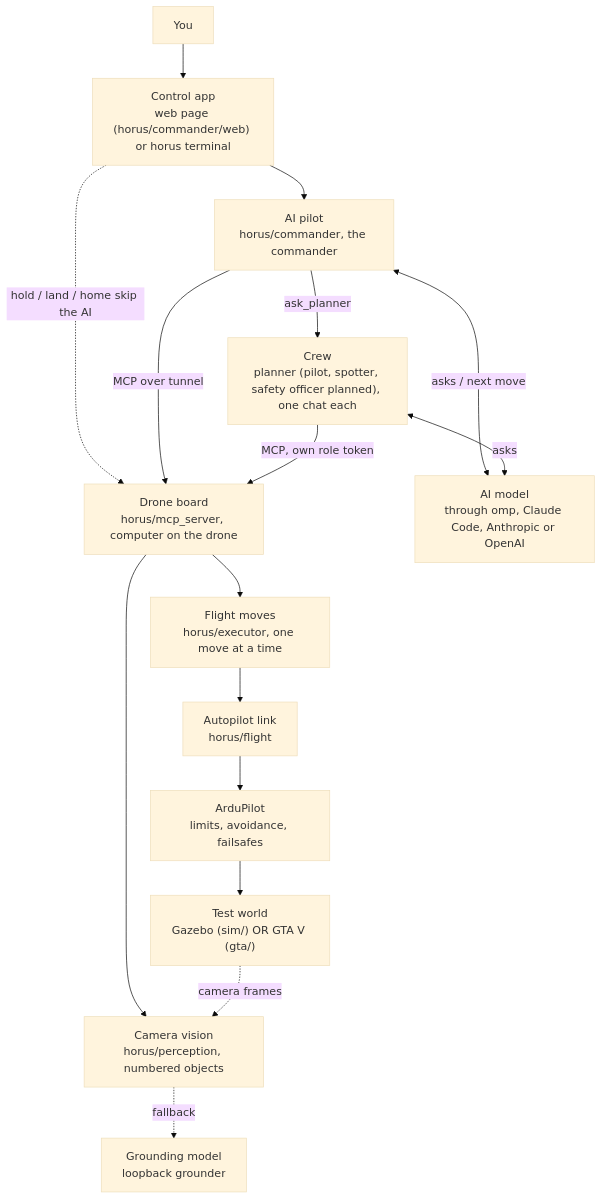
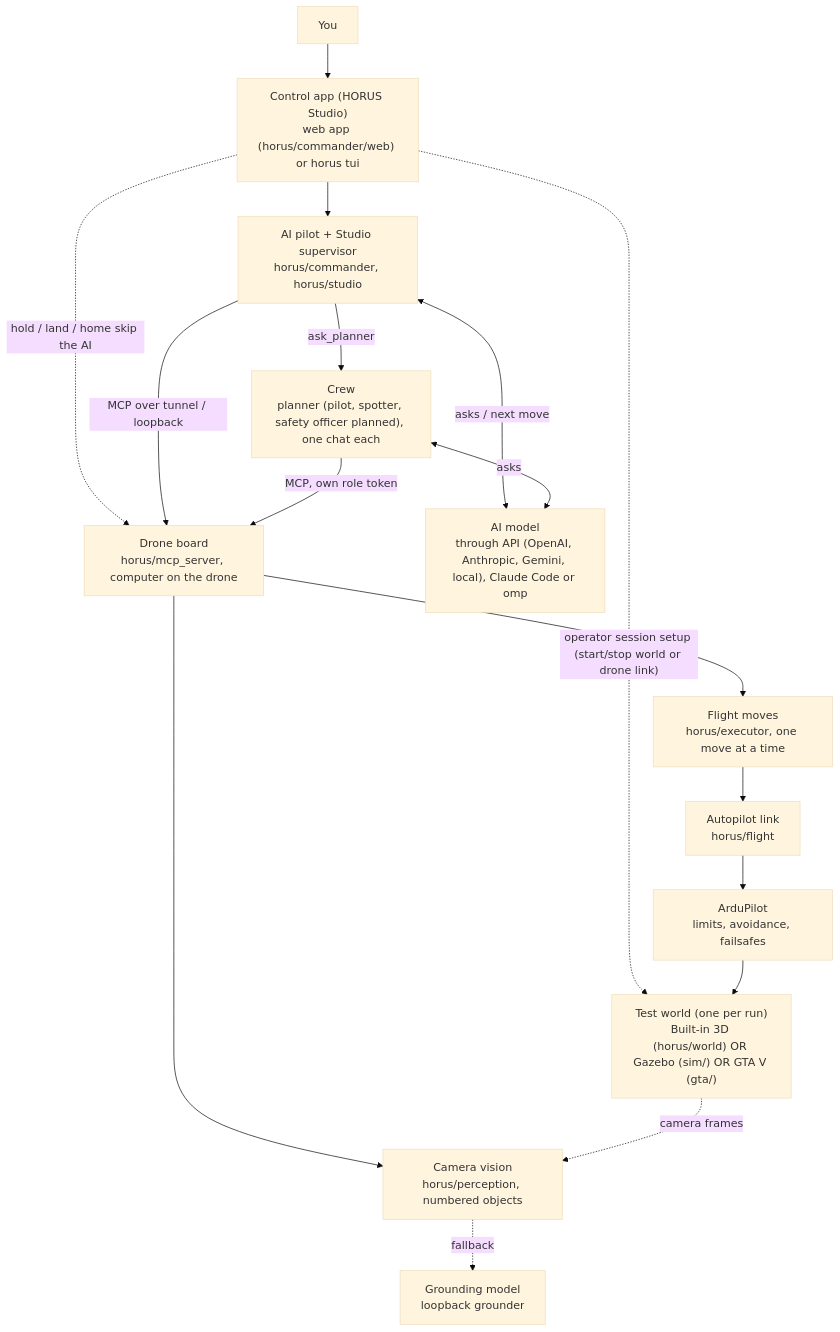
One commit to seros-cimenstein/horus-drone changed the first of 3 diagrams in HORUS — Design Document v2.md. Above: the diagram before and after it, drawn with Mermaid (base theme). The commit also changed other lines of this file and 120 other files, not shown here.

````diff
--- a/HORUS — Design Document v2.md
+++ b/HORUS — Design Document v2.md
@@ -32,18 +32,19 @@
 ```mermaid
 flowchart TD
-  Y["You"] --> R["Control app<br/>web page (horus/commander/web) or horus terminal"]
-  R --> C["AI pilot<br/>horus/commander, the commander"]
+  Y["You"] --> R["Control app (HORUS Studio)<br/>web app (horus/commander/web) or horus tui"]
+  R --> C["AI pilot + Studio supervisor<br/>horus/commander, horus/studio"]
   C -->|ask_planner| K["Crew<br/>planner (pilot, spotter, safety officer planned), one chat each"]
   R -.hold / land / home skip the AI.-> M
-  C <-->|asks / next move| LLM["AI model<br/>through omp, Claude Code, Anthropic or OpenAI"]
+  R -.operator session setup (start/stop world or drone link).-> W
+  C <-->|asks / next move| LLM["AI model<br/>through API (OpenAI, Anthropic, Gemini, local), Claude Code or omp"]
   K <-->|asks| LLM
-  C -->|MCP over tunnel| M["Drone board<br/>horus/mcp_server, computer on the drone"]
+  C -->|MCP over tunnel / loopback| M["Drone board<br/>horus/mcp_server, computer on the drone"]
   K -->|MCP, own role token| M
   M --> E["Flight moves<br/>horus/executor, one move at a time"]
   M --> P["Camera vision<br/>horus/perception, numbered objects"]
   P -.fallback.-> G["Grounding model<br/>loopback grounder"]
   E --> L["Autopilot link<br/>horus/flight"]
   L --> A["ArduPilot<br/>limits, avoidance, failsafes"]
-  A --> W["Test world<br/>Gazebo (sim/) OR GTA V (gta/)"]
+  A --> W["Test world (one per run)<br/>Built-in 3D (horus/world) OR Gazebo (sim/) OR GTA V (gta/)"]
   W -.camera frames.-> P
 ```
````
